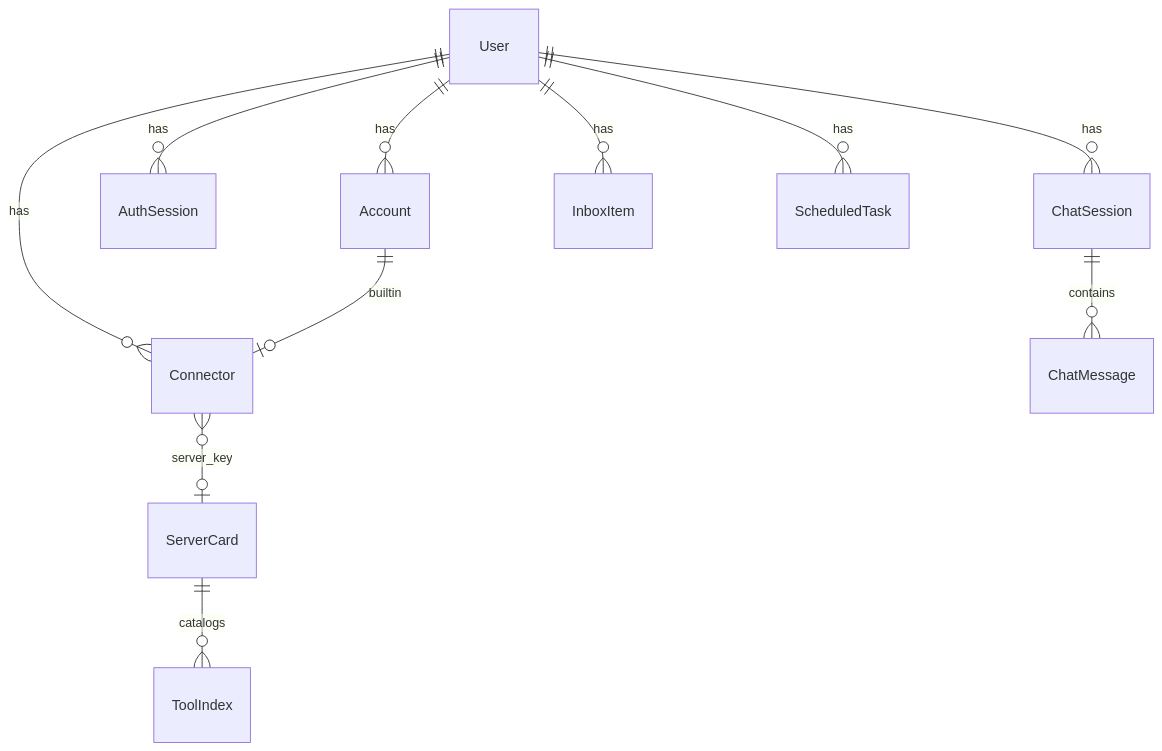
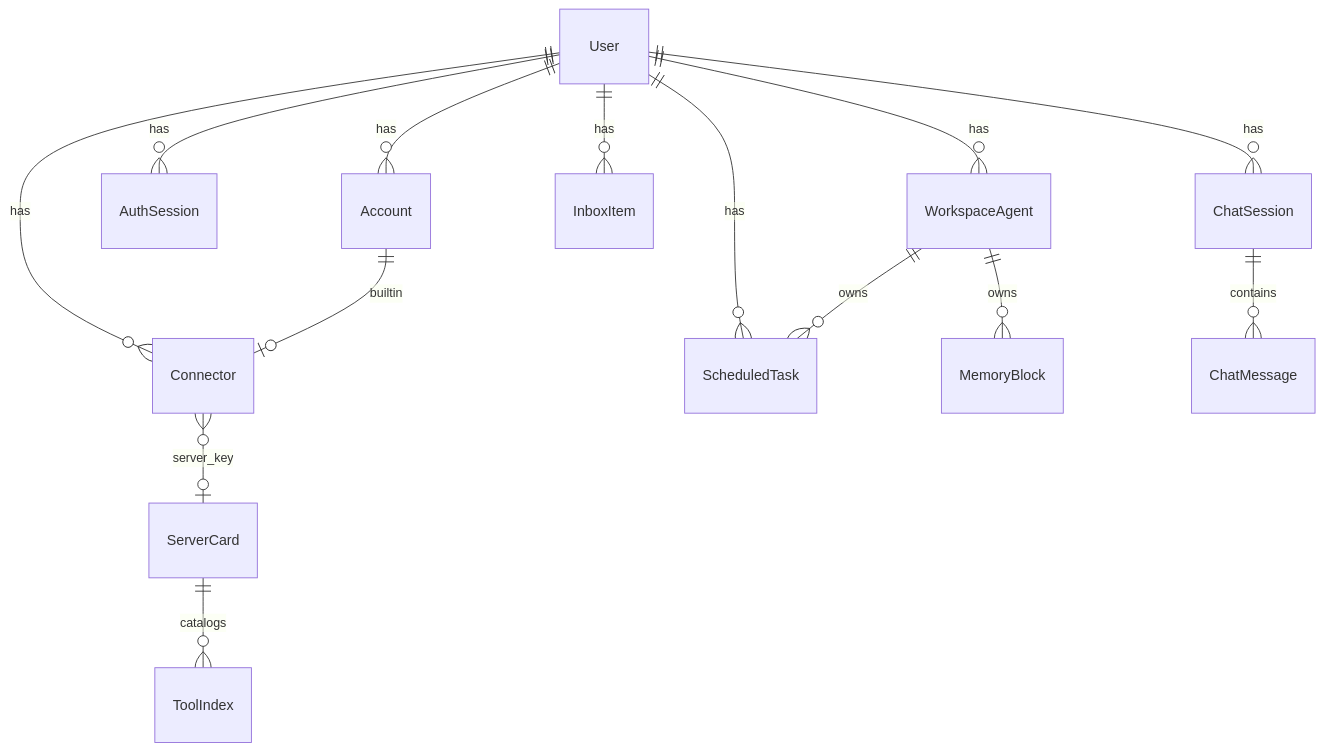
One commit to specialshweta26/Checkme changed the second of 4 diagrams in docs/LLD.md. Above: the diagram before and after it, drawn with Mermaid. The commit also changed other lines of this file and 15 other files, not shown here.

First line of the commit message:
Scope memory and routines to each workspace agent.

````diff
--- a/docs/LLD.md
+++ b/docs/LLD.md
@@ -86,13 +86,16 @@
 ```mermaid
 erDiagram
   User ||--o{ Account : has
   User ||--o{ AuthSession : has
   User ||--o{ Connector : has
   User ||--o{ ChatSession : has
   User ||--o{ InboxItem : has
   User ||--o{ ScheduledTask : has
+  User ||--o{ WorkspaceAgent : has
+  WorkspaceAgent ||--o{ ScheduledTask : owns
+  WorkspaceAgent ||--o{ MemoryBlock : owns
   Account ||--o| Connector : builtin
   Connector }o--o| ServerCard : server_key
   ServerCard ||--o{ ToolIndex : catalogs
   ChatSession ||--o{ ChatMessage : contains
 ```
````
